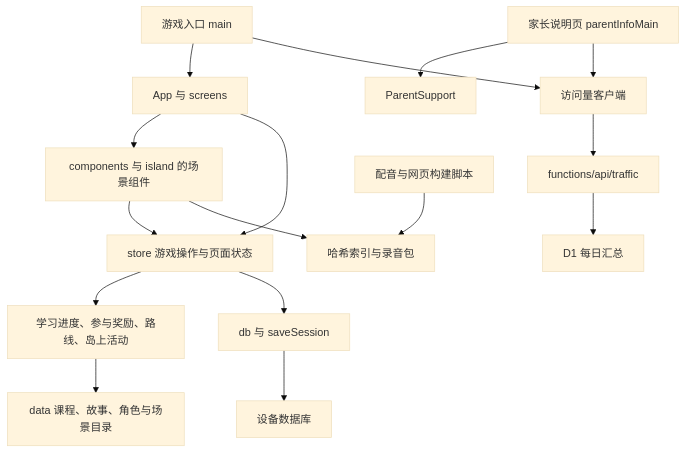
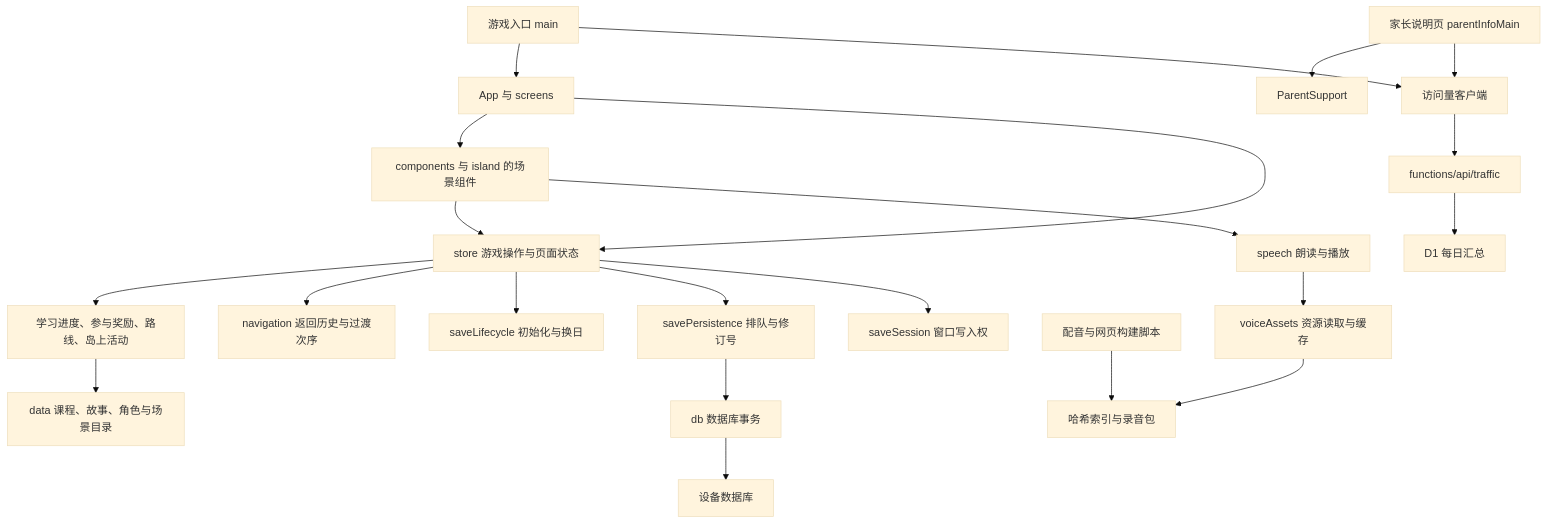
The diagram in docs/architecture/architecture.md (jiamizhongshifu/pokepal), drawn with Mermaid (base theme) before and after one commit. The commit also changed other lines of this file and 4 other files, not shown here.

````diff
--- a/docs/architecture/architecture.md
+++ b/docs/architecture/architecture.md
@@ -7,18 +7,24 @@
 ```mermaid
 flowchart TD
   game[游戏入口 main] --> app[App 与 screens]
   app --> ui[components 与 island 的场景组件]
   ui --> store[store 游戏操作与页面状态]
   app --> store
   store --> domain[学习进度、参与奖励、路线、岛上活动]
   domain --> content[data 课程、故事、角色与场景目录]
-  store --> persist[db 与 saveSession]
+  store --> navigation[navigation 返回历史与过渡次序]
+  store --> lifecycle[saveLifecycle 初始化与换日]
+  store --> writer[savePersistence 排队与修订号]
+  store --> session[saveSession 窗口写入权]
+  writer --> persist[db 数据库事务]
   persist --> local[设备数据库]
   notices[家长说明页 parentInfoMain] --> support[ParentSupport]
   game --> traffic[访问量客户端]
   notices --> traffic
   traffic --> endpoint[functions/api/traffic]
   endpoint --> counts[D1 每日汇总]
   build[配音与网页构建脚本] --> media[哈希索引与录音包]
-  ui --> media
+  ui --> speech[speech 朗读与播放]
+  speech --> assets[voiceAssets 资源读取与缓存]
+  assets --> media
 ```
````
